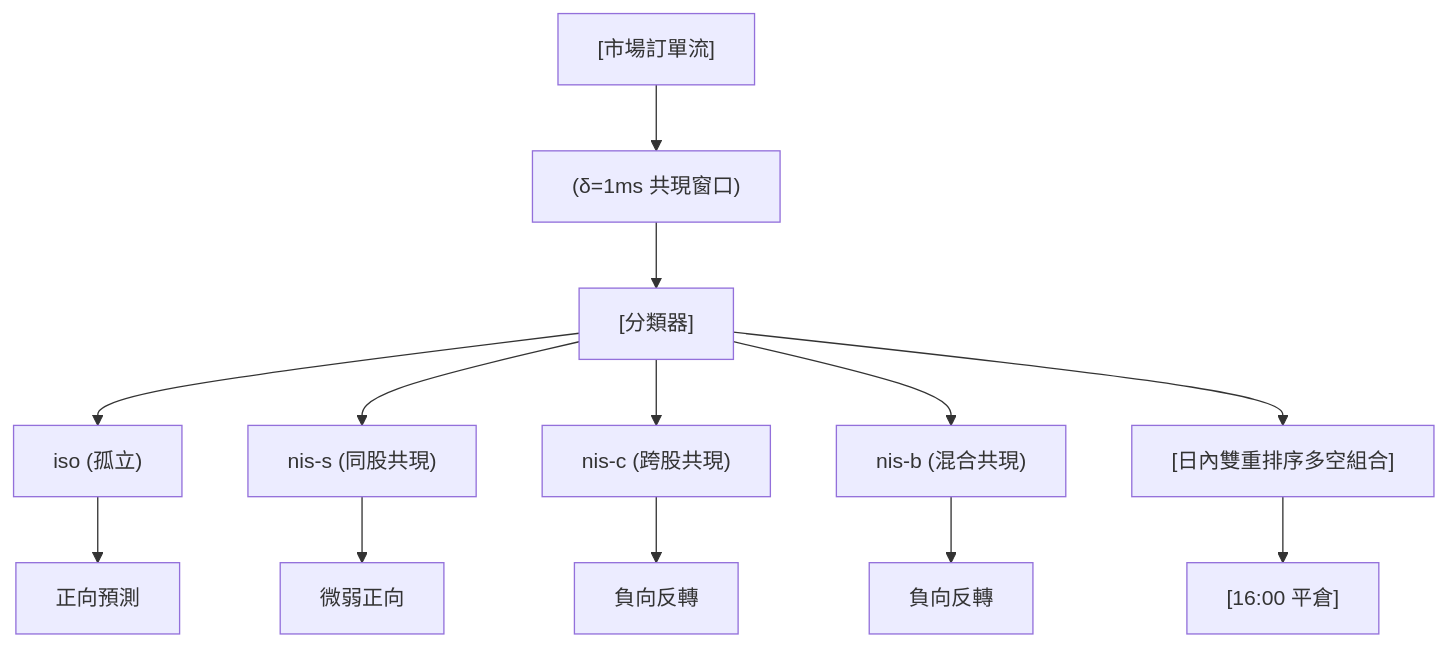
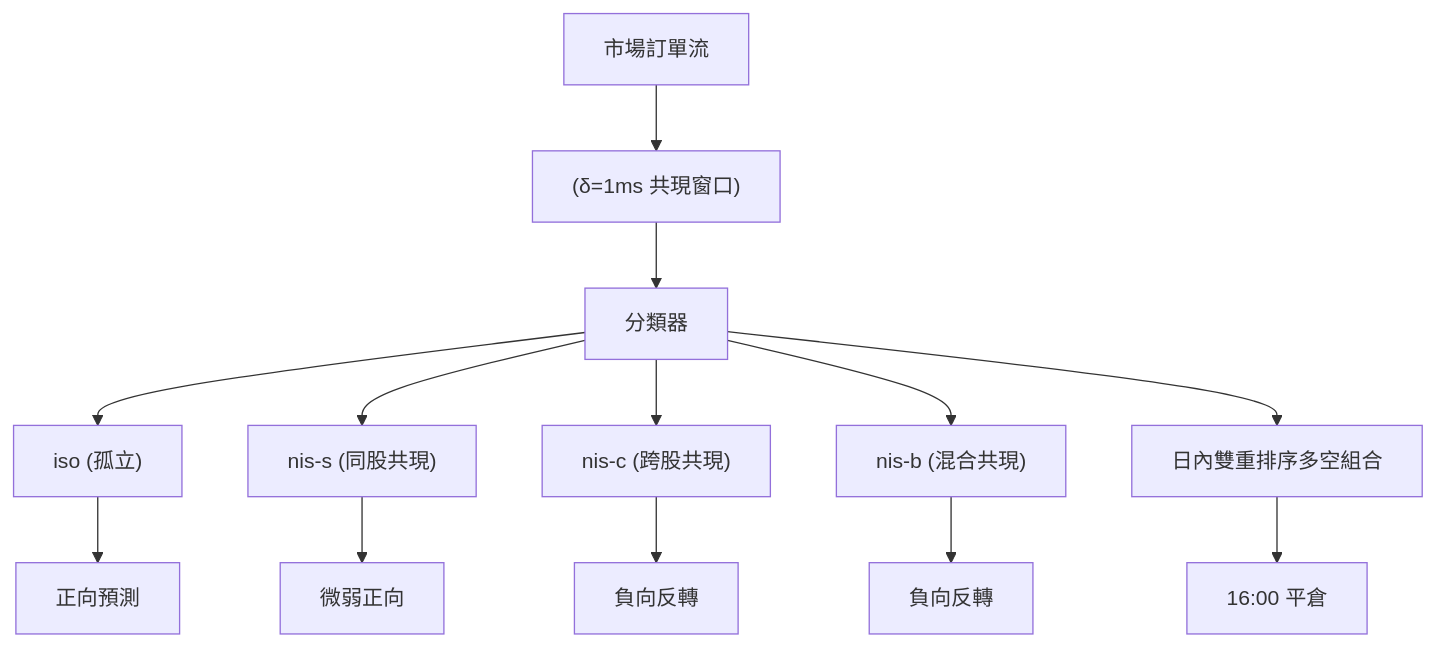
The diagram in foundations/market-microstructure/coi.md (sou350121/Trading-Handbook), drawn with Mermaid before and after one commit. The commit also changed 191 other files, not shown here.

First line of the commit message:
render: fix math + mermaid for GitHub across the corpus (188 pages)

````diff
--- a/foundations/market-microstructure/coi.md
+++ b/foundations/market-microstructure/coi.md
@@ -32,15 +32,15 @@
 ```mermaid
 flowchart TD
-    A["[市場訂單流]"] --> B["(δ=1ms 共現窗口)"]
-    B --> C["[分類器]"]
+    A["市場訂單流"] --> B["(δ=1ms 共現窗口)"]
+    B --> C["分類器"]
     C --> D["iso (孤立)"]
     D --> E["正向預測"]
     C --> F["nis-s (同股共現)"]
     F --> G["微弱正向"]
     C --> H["nis-c (跨股共現)"]
     H --> I["負向反轉"]
     C --> J["nis-b (混合共現)"]
     J --> K["負向反轉"]
-    C --> L["[日內雙重排序多空組合]"]
-    L --> M["[16:00 平倉]"]
+    C --> L["日內雙重排序多空組合"]
+    L --> M["16:00 平倉"]
 ```
````
